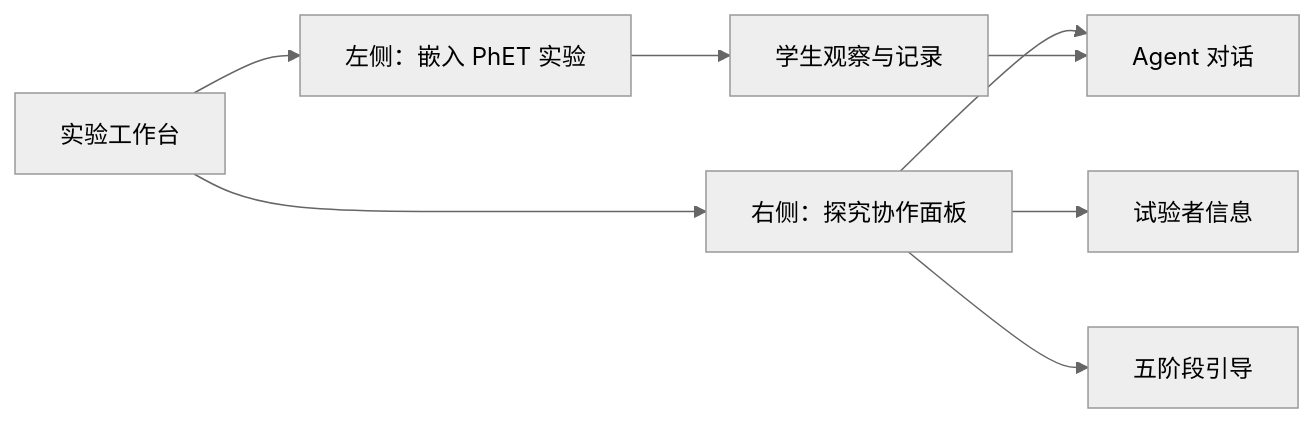
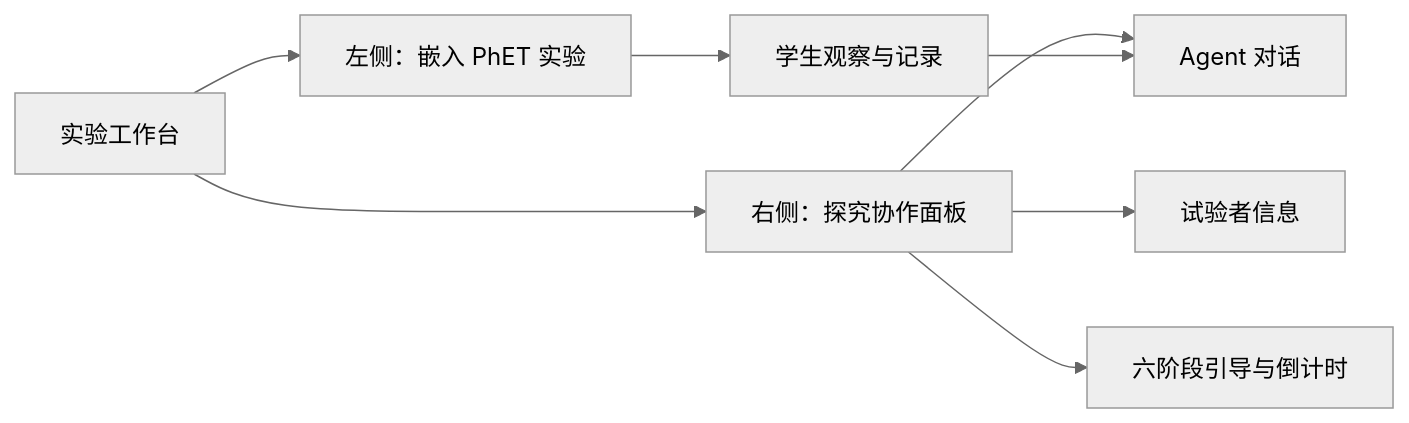
The diagram in docs/PRD.md (Sean6869/science-agent), drawn with Mermaid (neutral theme) before and after one commit. The commit also changed other lines of this file and 16 other files, not shown here.

````diff
--- a/docs/PRD.md
+++ b/docs/PRD.md
@@ -107,10 +107,10 @@
 ```mermaid
 flowchart LR
     App["实验工作台"] --> Lab["左侧：嵌入 PhET 实验"]
     App --> Guide["右侧：探究协作面板"]
     Guide --> Profile["试验者信息"]
-    Guide --> Steps["五阶段引导"]
+    Guide --> Steps["六阶段引导与倒计时"]
     Guide --> Chat["Agent 对话"]
     Lab --> Observe["学生观察与记录"]
     Observe --> Chat
 ```
````
